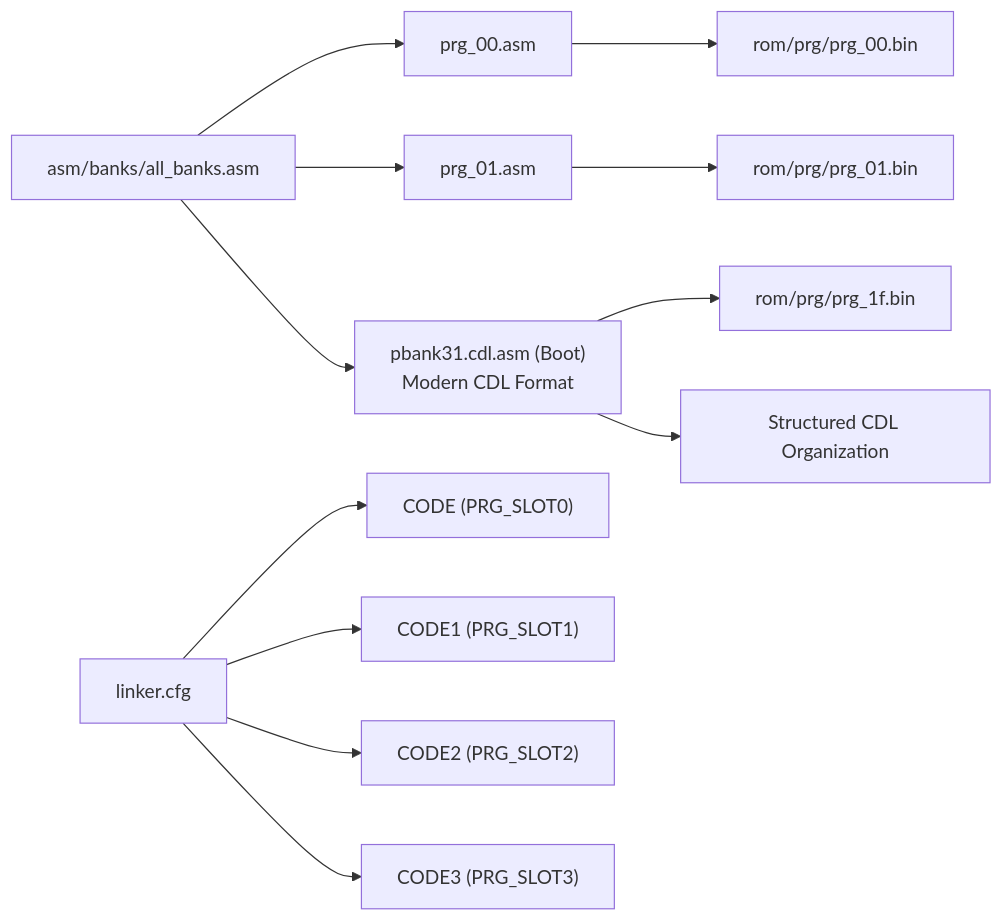
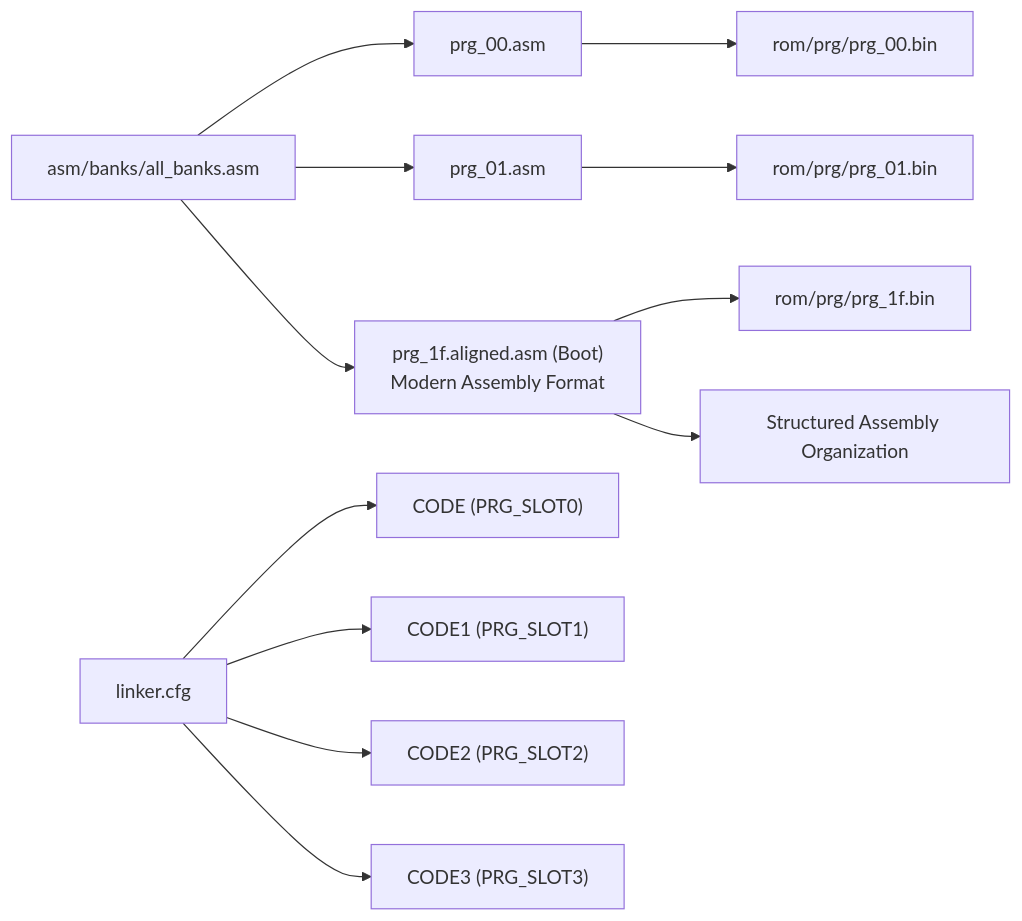
The eighth of 9 diagrams in .qoder/repowiki/en/content/Assembly Architecture/Assembly Architecture.md (rabbyzero/sango2dasm), drawn with Mermaid before and after one commit. The commit also changed other lines of this file and 15 other files, not shown here.

````diff
--- a/.qoder/repowiki/en/content/Assembly Architecture/Assembly Architecture.md
+++ b/.qoder/repowiki/en/content/Assembly Architecture/Assembly Architecture.md
@@ -317,14 +316,14 @@
 ```mermaid
 graph LR
 ALLB["asm/banks/all_banks.asm"] --> B00["prg_00.asm"]
 ALLB --> B01["prg_01.asm"]
-ALLB --> CDL["pbank31.cdl.asm (Boot)<br/>Modern CDL Format"]
+ALLB --> ALIGNED["prg_1f.aligned.asm (Boot)<br/>Modern Assembly Format"]
 LCFG["linker.cfg"] --> SEG0["CODE (PRG_SLOT0)"]
 LCFG --> SEG1["CODE1 (PRG_SLOT1)"]
 LCFG --> SEG2["CODE2 (PRG_SLOT2)"]
 LCFG --> SEG3["CODE3 (PRG_SLOT3)"]
 B00 --> BIN0["rom/prg/prg_00.bin"]
 B01 --> BIN1["rom/prg/prg_01.bin"]
-CDL --> BIN1F["rom/prg/prg_1f.bin"]
-CDL --> STRUCT["Structured CDL Organization"]
+ALIGNED --> BIN1F["rom/prg/prg_1f.bin"]
+ALIGNED --> STRUCT["Structured Assembly Organization"]
 ```
````
